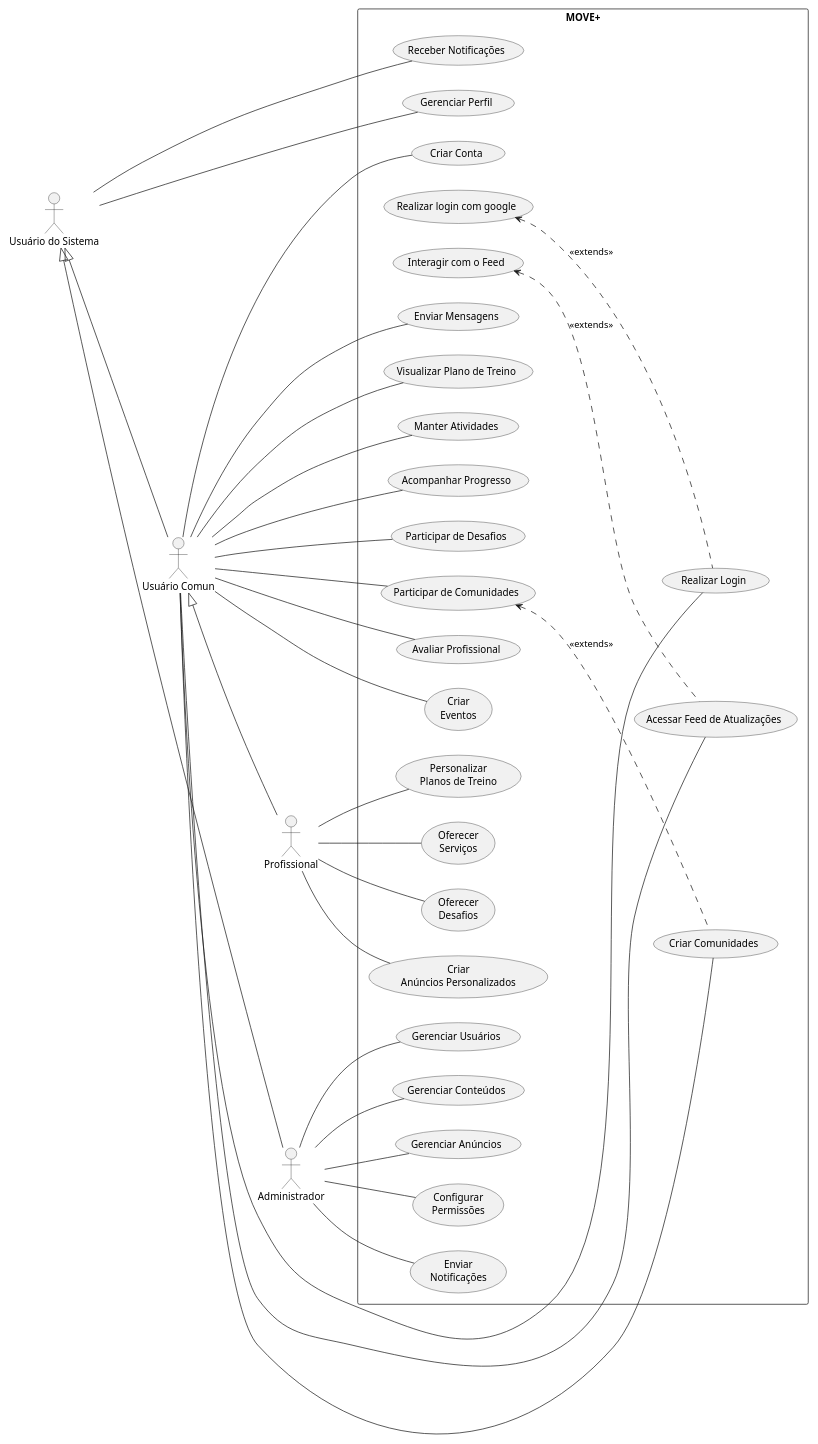
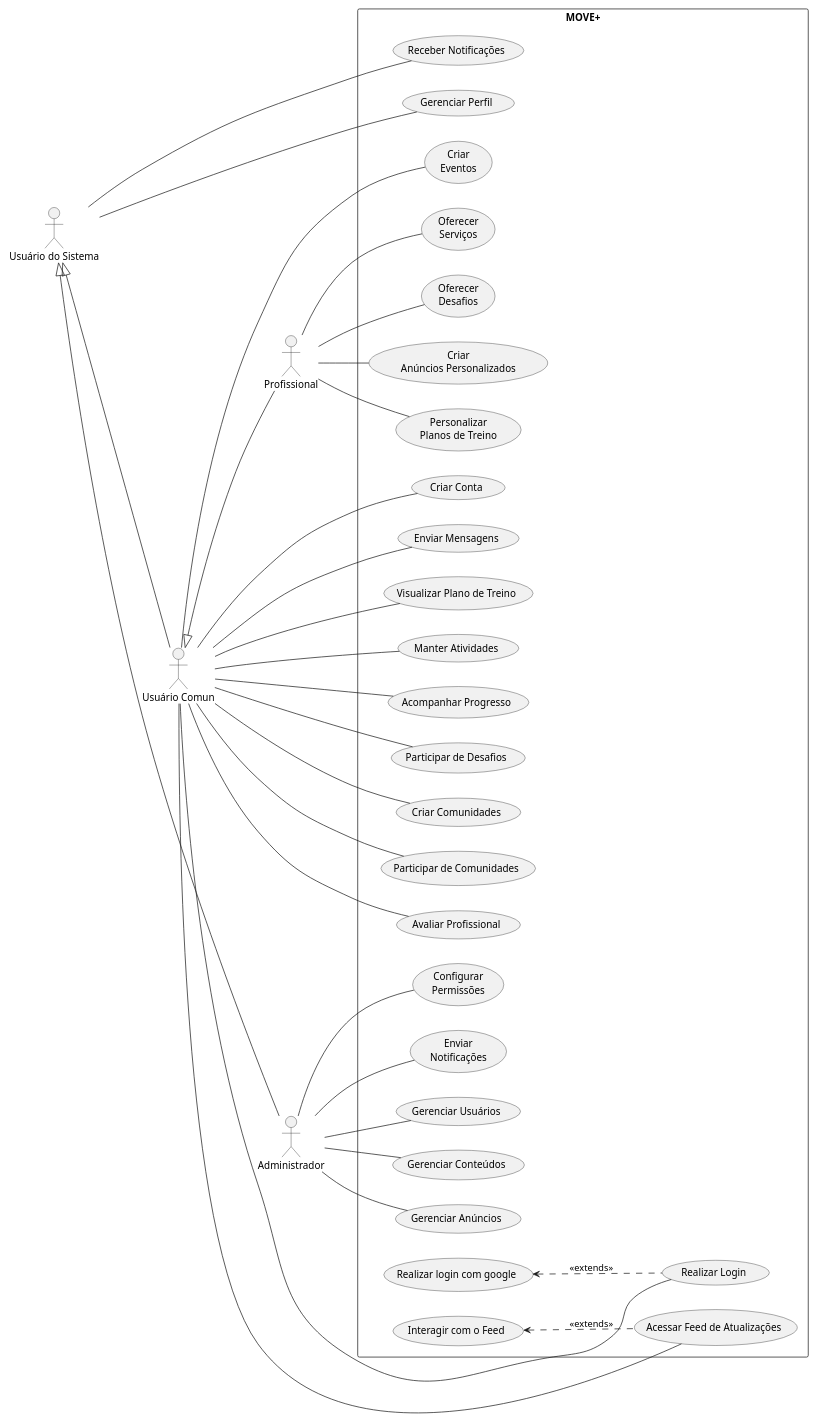
Before and after one commit to raizaft/MOVE: the diagram in specs/design/view-usecase/usecase.puml, drawn with PlantUML.

```diff
--- a/specs/design/view-usecase/usecase.puml
+++ b/specs/design/view-usecase/usecase.puml
@@ -1,79 +1,80 @@
 @startuml
 scale 0.8
 
 left to right direction
 skinparam packageStyle rectangle
 
 actor "Usuário do Sistema" as u
 actor "Usuário Comun" as User
 actor "Profissional" as Professional
 actor "Administrador" as Admin
 
 u <|-- User
 User <|-- Professional
 u <|-- Admin
 
 
 rectangle MOVE+ {
     usecase "Receber Notificações" as UC10
     usecase "Gerenciar Perfil" as UC15
 
     usecase "Realizar Login" as UC2
     usecase "Criar Conta" as UC1
-    usecase "Realizar login com google" as UC16
     usecase "Acessar Feed de Atualizações" as UC3
-    usecase "Interagir com o Feed" as UC17
     usecase "Enviar Mensagens" as UC8
     usecase "Visualizar Plano de Treino" as UC4
     usecase "Manter Atividades" as UC5
     usecase "Acompanhar Progresso" as UC6
     usecase "Participar de Desafios" as UC7
     usecase "Criar Comunidades" as UC9
     usecase "Participar de Comunidades" as UC18
     usecase "Avaliar Profissional" as UC11
     usecase "Criar\nEventos" as UC23
 
     (Personalizar\nPlanos de Treino) as UC19
     (Oferecer\nServiços) as UC20
     (Oferecer\nDesafios) as UC21
     (Criar\nAnúncios Personalizados) as UC22
 
     usecase "Gerenciar Usuários" as UC12
     usecase "Gerenciar Conteúdos" as UC13
     usecase "Gerenciar Anúncios" as UC14
     (Configurar\nPermissões) as UC24
     (Enviar\nNotificações) as UC27
+
+    usecase "Realizar login com google" as UC16
+    usecase "Interagir com o Feed" as UC17
 }
+
 
 
 u -- UC10
 u -- UC15
 
 User -- UC1
 User -- UC2
 User -- UC3
 User -- UC4
 User -- UC5
 User -- UC6
 User -- UC7
 User -- UC8
 User -- UC9
 User -- UC11
 User -- UC18
 User -- UC23
 
 UC16 <.. UC2 : <<extends>>
 UC17 <.. UC3 : <<extends>>
-UC18 <.. UC9 : <<extends>>
 
 Professional -- UC19
 Professional -- UC20
 Professional -- UC21
 Professional -- UC22
 
 Admin -- UC12
 Admin -- UC13
 Admin -- UC14
 Admin -- UC24
 Admin -- UC27
 @enduml
```
